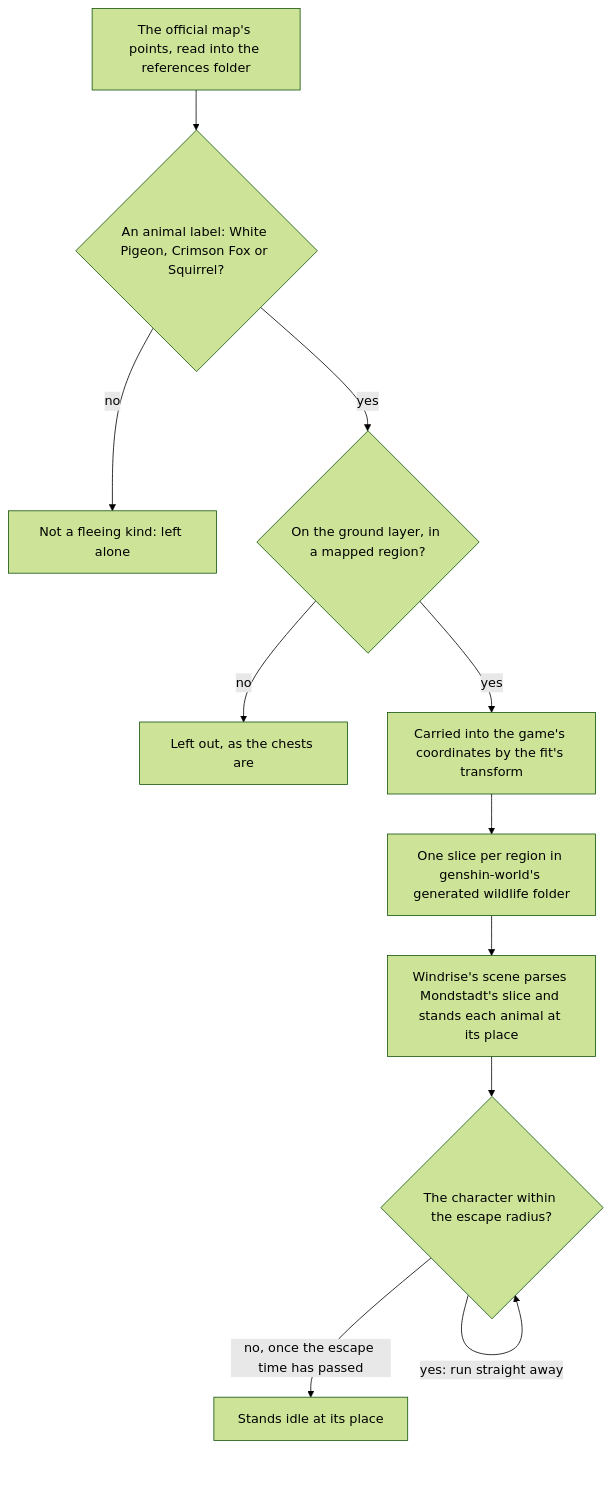
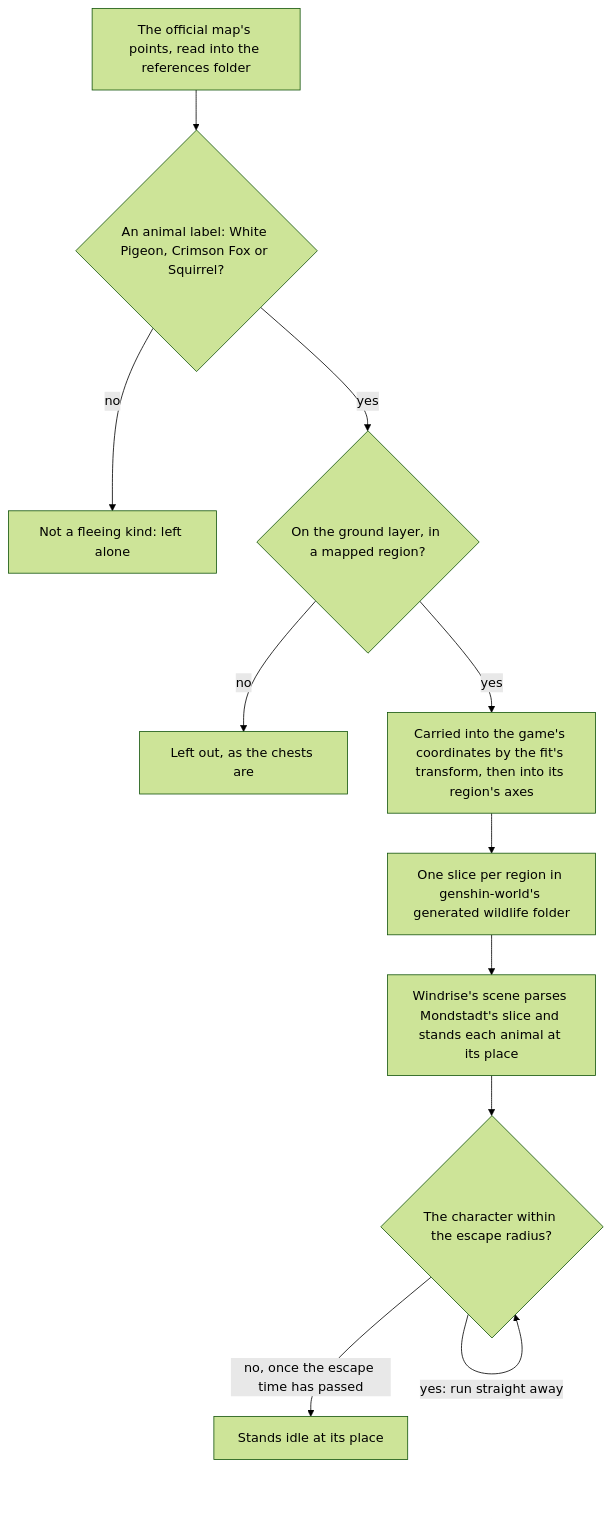
The diagram in apps/web/content/docs/genshin/wildlife.md (Esposter/Esposter), drawn with Mermaid (forest theme) before and after one commit. The commit also changed 50 other files, not shown here.

First line of the commit message:
fix(genshin-assets): every map-point writer carries its places into the region's axes round the Windrise origin, inside placeMapPoints

````diff
--- a/apps/web/content/docs/genshin/wildlife.md
+++ b/apps/web/content/docs/genshin/wildlife.md
@@ -12,13 +12,13 @@
 ```mermaid
 flowchart TD
   P["The official map's points, read into the references folder"] --> K{"An animal label: White Pigeon, Crimson Fox or Squirrel?"}
   K -->|"no"| SKIP["Not a fleeing kind: left alone"]
   K -->|"yes"| L{"On the ground layer, in a mapped region?"}
   L -->|"no"| UG["Left out, as the chests are"]
-  L -->|"yes"| T["Carried into the game's coordinates by the fit's transform"]
+  L -->|"yes"| T["Carried into the game's coordinates by the fit's transform, then into its region's axes"]
   T --> S["One slice per region in genshin-world's generated wildlife folder"]
   S --> V["Windrise's scene parses Mondstadt's slice and stands each animal at its place"]
   V --> F{"The character within the escape radius?"}
   F -->|"yes: run straight away"| F
   F -->|"no, once the escape time has passed"| I["Stands idle at its place"]
 ```
````
